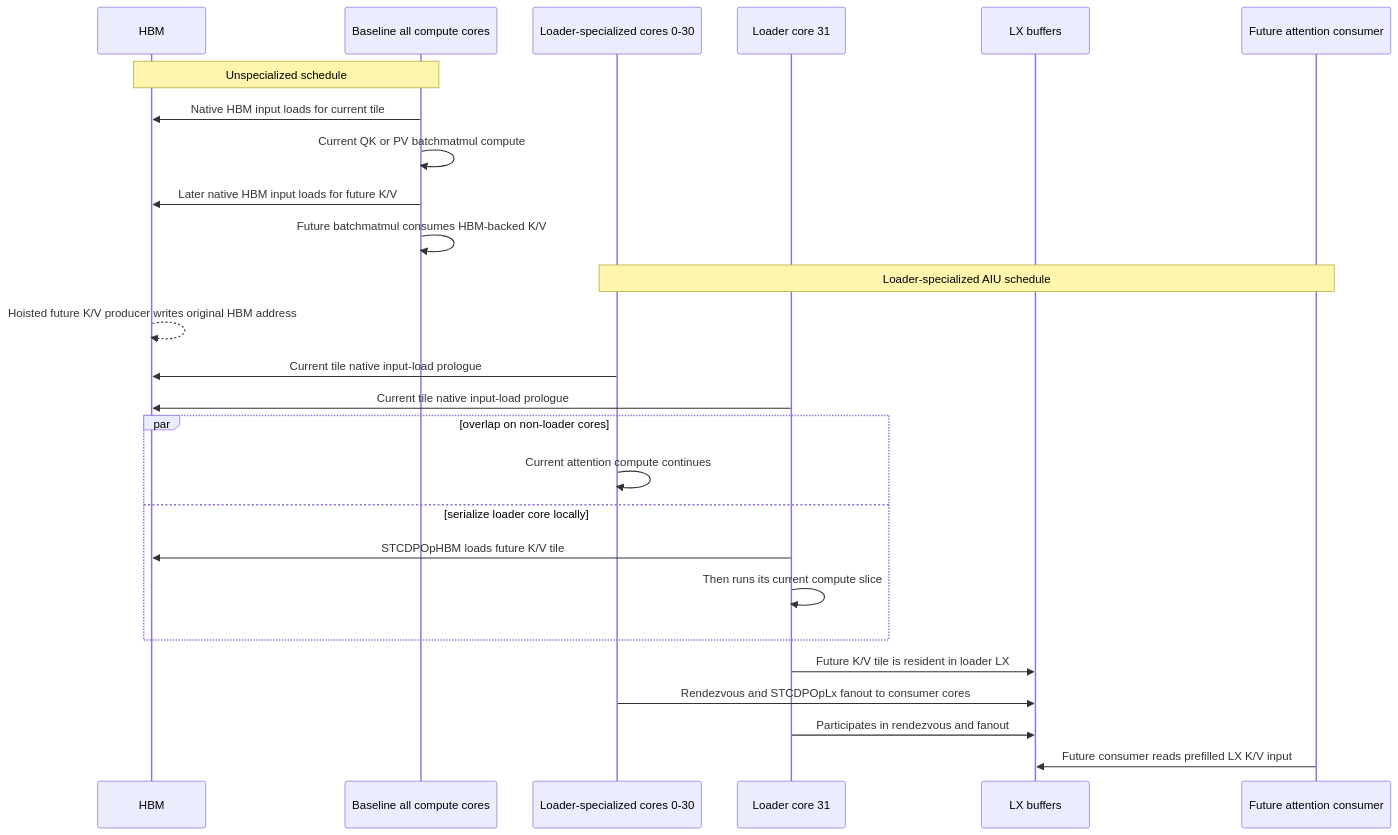
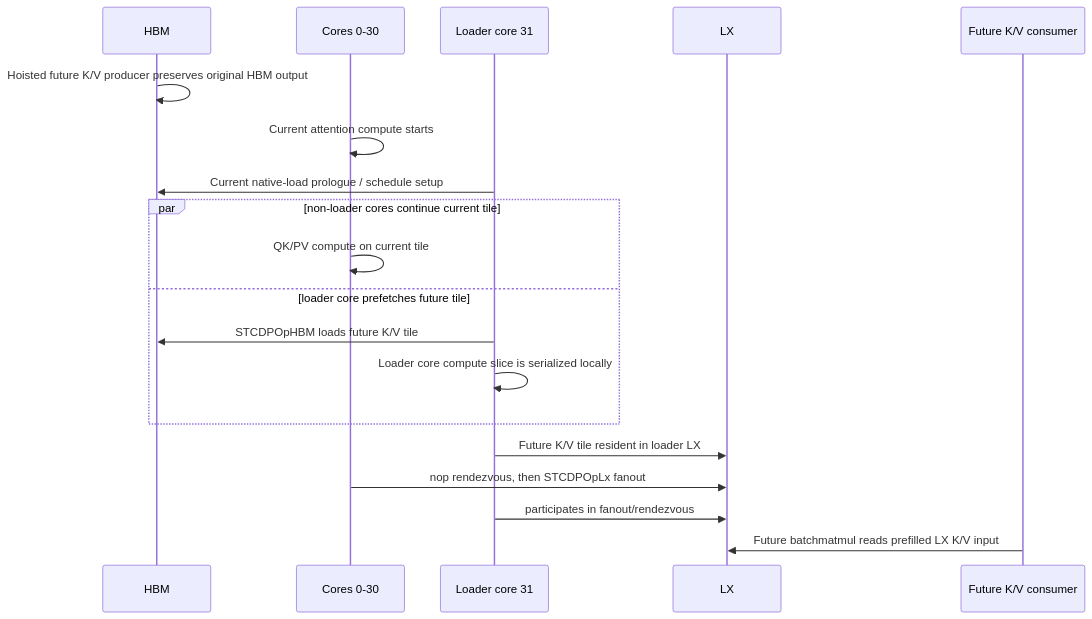
One commit to AdnanHoque/torch-spyre changed the fourth of 6 diagrams in docs/source/rfcs/drafts/NNNN-OnChipRestickify/Stage089-FlashAttentionWarpSpecFirstPrinciples.md. Above: the diagram before and after it, drawn with Mermaid. The commit also changed other lines of this file, not shown here.

Commit message:
Document flash attention warpspec design

````diff
--- a/docs/source/rfcs/drafts/NNNN-OnChipRestickify/Stage089-FlashAttentionWarpSpecFirstPrinciples.md
+++ b/docs/source/rfcs/drafts/NNNN-OnChipRestickify/Stage089-FlashAttentionWarpSpecFirstPrinciples.md
@@ -120,30 +293,22 @@
 ```mermaid
 sequenceDiagram
     participant HBM as HBM
-    participant All as Baseline all compute cores
-    participant C0 as Loader-specialized cores 0-30
-    participant L31 as Loader core 31
-    participant LX as LX buffers
-    participant Fut as Future attention consumer
+    participant C as Cores 0-30
+    participant L as Loader core 31
+    participant LX as LX
+    participant F as Future K/V consumer
 
-    Note over All,HBM: Unspecialized schedule
-    All->>HBM: Native HBM input loads for current tile
-    All->>All: Current QK or PV batchmatmul compute
-    All->>HBM: Later native HBM input loads for future K/V
-    All->>All: Future batchmatmul consumes HBM-backed K/V
-
-    Note over C0,Fut: Loader-specialized AIU schedule
-    HBM-->>HBM: Hoisted future K/V producer writes original HBM address
-    C0->>HBM: Current tile native input-load prologue
-    L31->>HBM: Current tile native input-load prologue
-    par overlap on non-loader cores
-        C0->>C0: Current attention compute continues
-    and serialize loader core locally
-        L31->>HBM: STCDPOpHBM loads future K/V tile
-        L31->>L31: Then runs its current compute slice
+    HBM->>HBM: Hoisted future K/V producer preserves original HBM output
+    C->>C: Current attention compute starts
+    L->>HBM: Current native-load prologue / schedule setup
+    par non-loader cores continue current tile
+        C->>C: QK/PV compute on current tile
+    and loader core prefetches future tile
+        L->>HBM: STCDPOpHBM loads future K/V tile
+        L->>L: Loader core compute slice is serialized locally
     end
-    L31->>LX: Future K/V tile is resident in loader LX
-    C0->>LX: Rendezvous and STCDPOpLx fanout to consumer cores
-    L31->>LX: Participates in rendezvous and fanout
-    Fut->>LX: Future consumer reads prefilled LX K/V input
+    L->>LX: Future K/V tile resident in loader LX
+    C->>LX: nop rendezvous, then STCDPOpLx fanout
+    L->>LX: participates in fanout/rendezvous
+    F->>LX: Future batchmatmul reads prefilled LX K/V input
 ```
````
